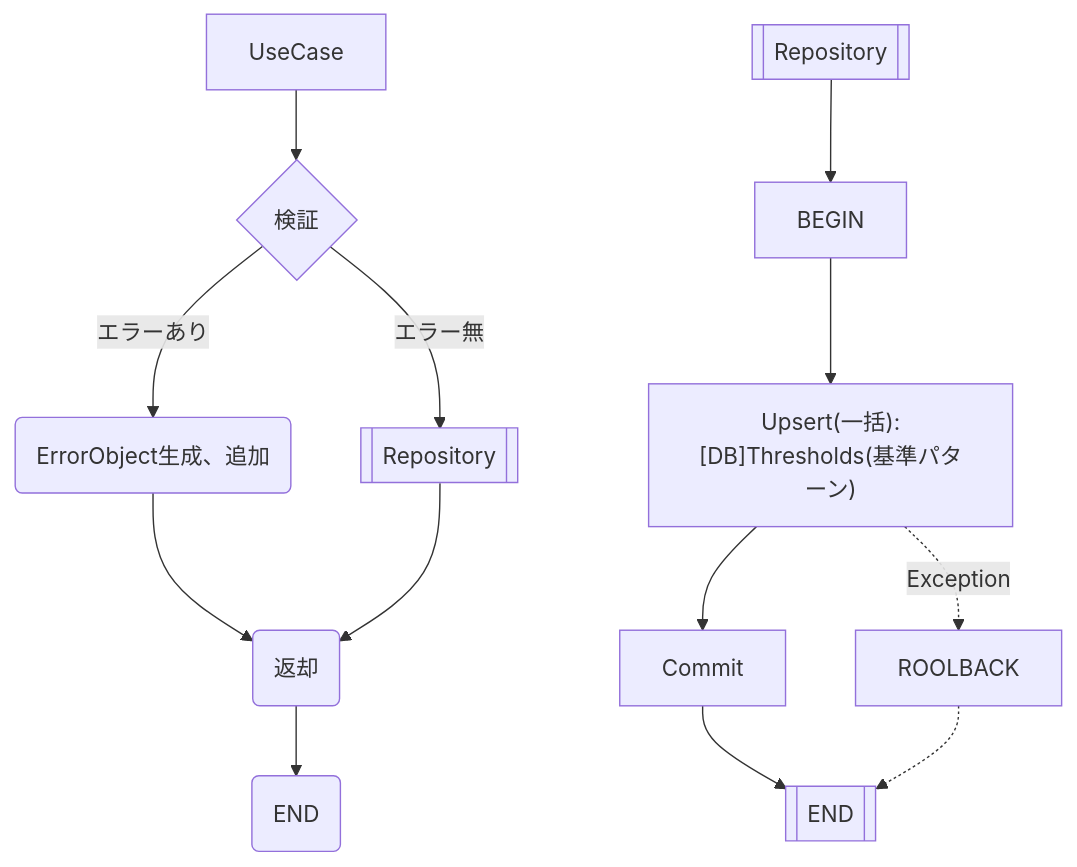
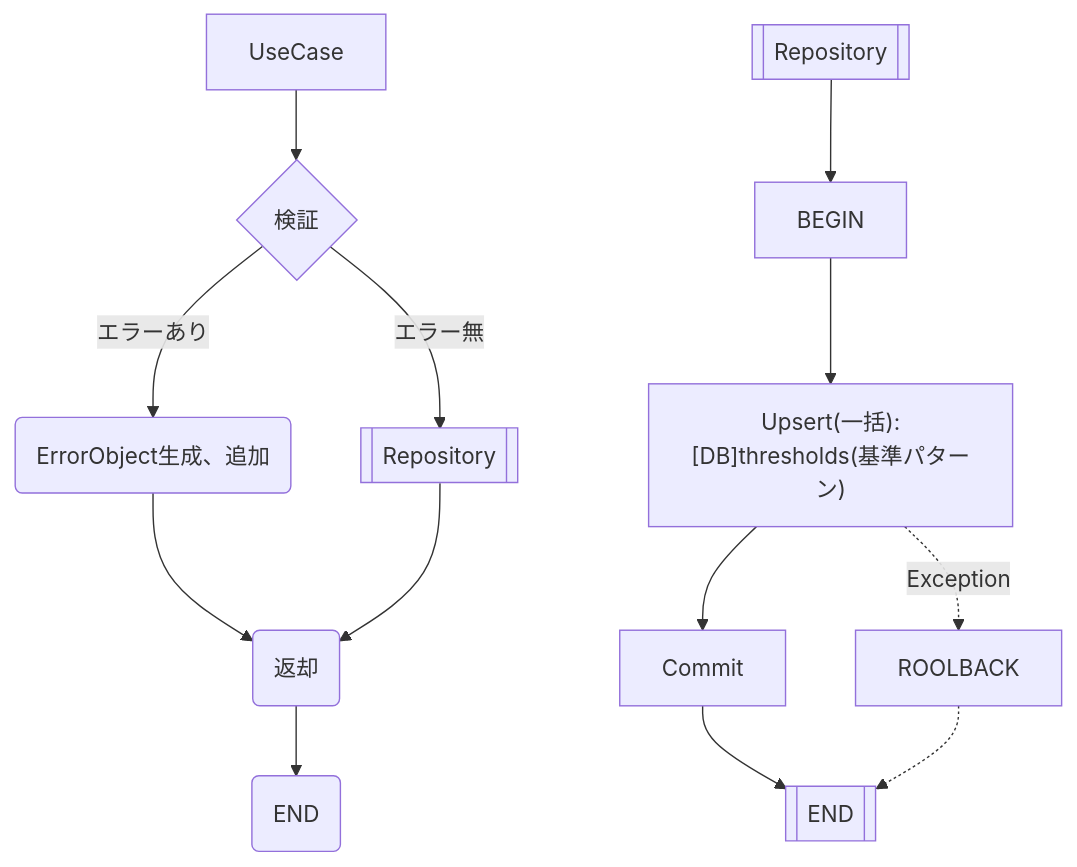
One commit to MrWangpeilin945/FlutterIOS changed the diagram in Documents/外部IF設計書/src/docs/インターフェース/EC2013_基準パターンを登録する.adoc. Above: the diagram before and after it, drawn with Mermaid. The commit also changed other lines of this file, not shown here.

```diff
--- a/Documents/外部IF設計書/src/docs/インターフェース/EC2013_基準パターンを登録する.adoc
+++ b/Documents/外部IF設計書/src/docs/インターフェース/EC2013_基準パターンを登録する.adoc
@@ -10,17 +10,17 @@
 [mermaid]
 ----
 flowchart TD
     A[UseCase] --> B{検証}
     B -- エラーあり --> C(ErrorObject生成、追加)
     B -- エラー無 --> D[[Repository]]
     C --> E(返却)
     D --> E
     E --> UseCaseEND(END)
 
     F[[Repository]] --> G[BEGIN]
-    G --> H["Upsert(一括):[DB]Thresholds(基準パターン)"]
+    G --> H["Upsert(一括):[DB]thresholds(基準パターン)"]
     H --> K[Commit]
     H -.Exception.-> ROOLBACK[ROOLBACK]
     K --> RepositoryEND[[END]]
     ROOLBACK .-> RepositoryEND
 ----
```
